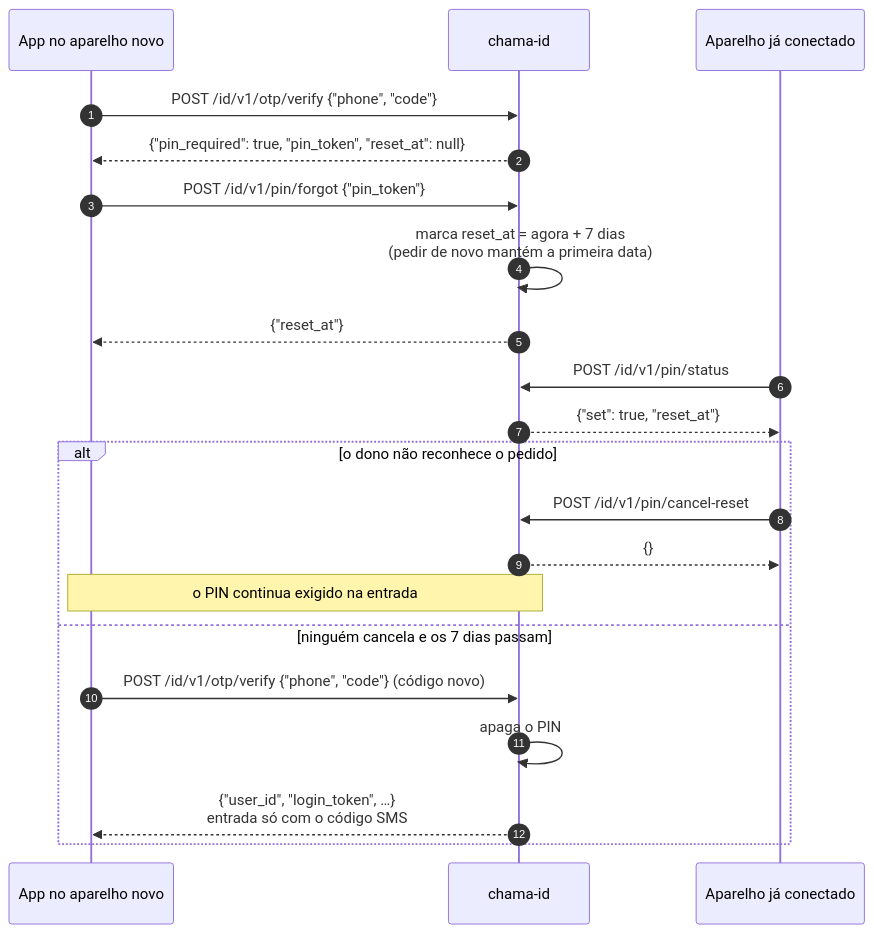
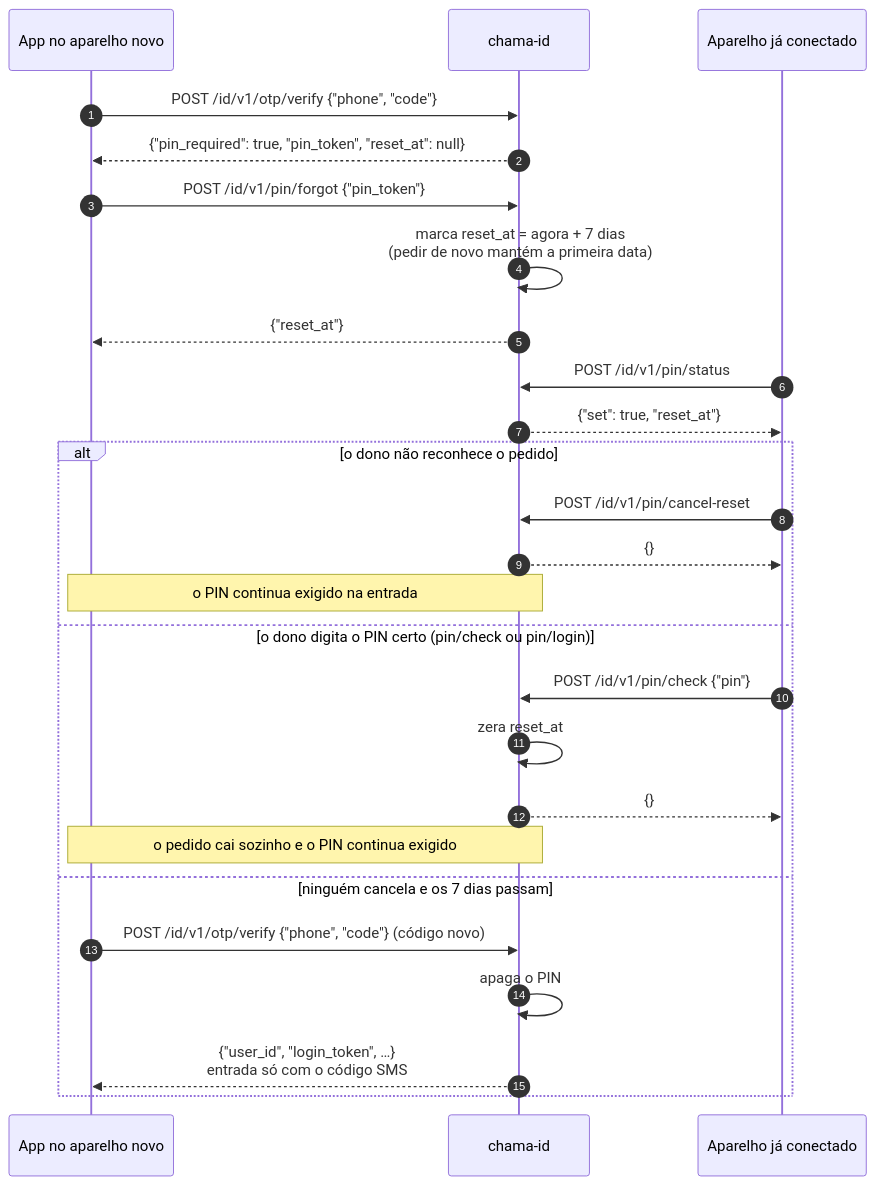
One commit to kaiomp/alo changed the fourth of 5 diagrams in docs/chama-id-api.md. Above: the diagram before and after it, drawn with Mermaid. The commit also changed other lines of this file and 11 other files, not shown here.

````diff
--- a/docs/chama-id-api.md
+++ b/docs/chama-id-api.md
@@ -286,23 +292,28 @@
 ```mermaid
 sequenceDiagram
     autonumber
     participant N as App no aparelho novo
     participant ID as chama-id
     participant D as Aparelho já conectado
     N->>ID: POST /id/v1/otp/verify {"phone", "code"}
     ID-->>N: {"pin_required": true, "pin_token", "reset_at": null}
     N->>ID: POST /id/v1/pin/forgot {"pin_token"}
     ID->>ID: marca reset_at = agora + 7 dias<br/>(pedir de novo mantém a primeira data)
     ID-->>N: {"reset_at"}
     D->>ID: POST /id/v1/pin/status
     ID-->>D: {"set": true, "reset_at"}
     alt o dono não reconhece o pedido
         D->>ID: POST /id/v1/pin/cancel-reset
         ID-->>D: {}
         Note over N,ID: o PIN continua exigido na entrada
+    else o dono digita o PIN certo (pin/check ou pin/login)
+        D->>ID: POST /id/v1/pin/check {"pin"}
+        ID->>ID: zera reset_at
+        ID-->>D: {}
+        Note over N,ID: o pedido cai sozinho e o PIN continua exigido
     else ninguém cancela e os 7 dias passam
         N->>ID: POST /id/v1/otp/verify {"phone", "code"} (código novo)
         ID->>ID: apaga o PIN
         ID-->>N: {"user_id", "login_token", …}<br/>entrada só com o código SMS
     end
 ```
````
